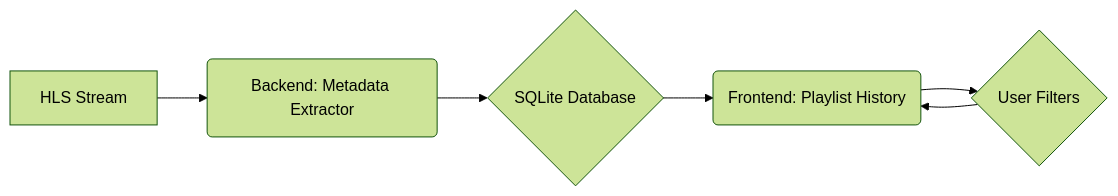
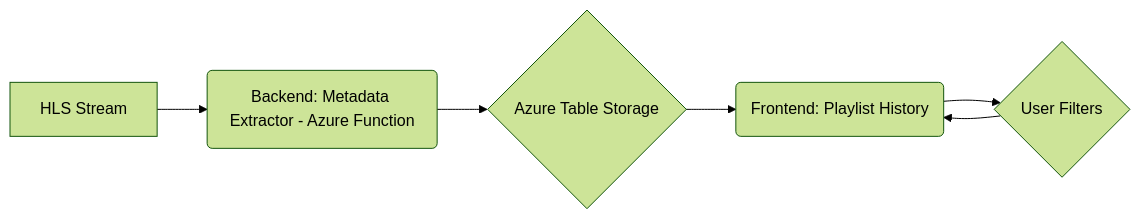
One commit to jbruns/beastlist changed the diagram in product_requirements.md. Above: the diagram before and after it, drawn with Mermaid (forest theme). The commit also changed other lines of this file, not shown here.

Commit message:
prd: update for cloud native, year metadata

````diff
--- a/product_requirements.md
+++ b/product_requirements.md
@@ -17,8 +17,8 @@
 ```mermaid
 graph LR
-    A[HLS Stream] --> B(Backend: Metadata Extractor);
-    B --> C{SQLite Database};
+    A[HLS Stream] --> B(Backend: Metadata Extractor - Azure Function);
+    B --> C{Azure Table Storage};
     C --> D(Frontend: Playlist History);
     D --> E{User Filters};
     E --> D;
 ```
````
